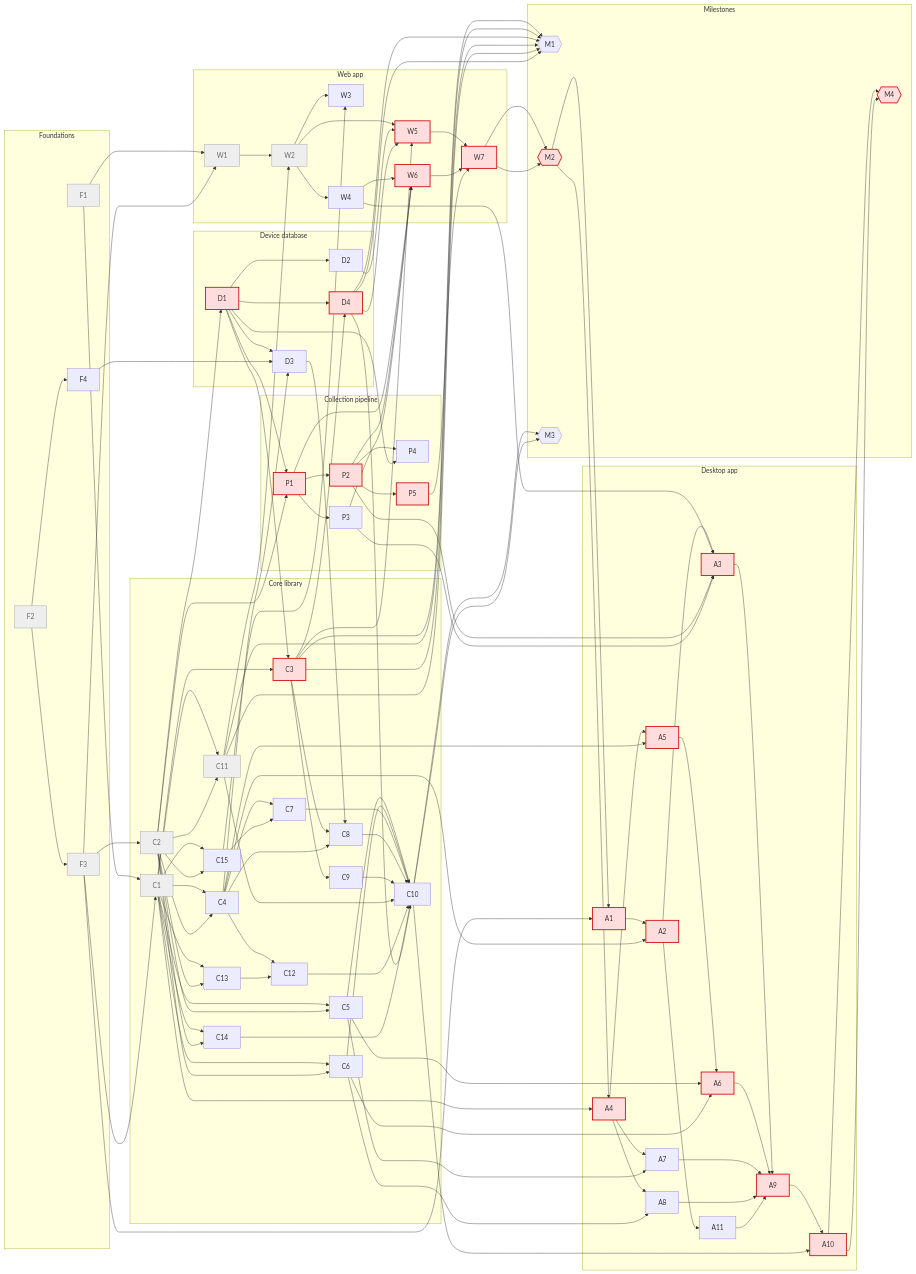
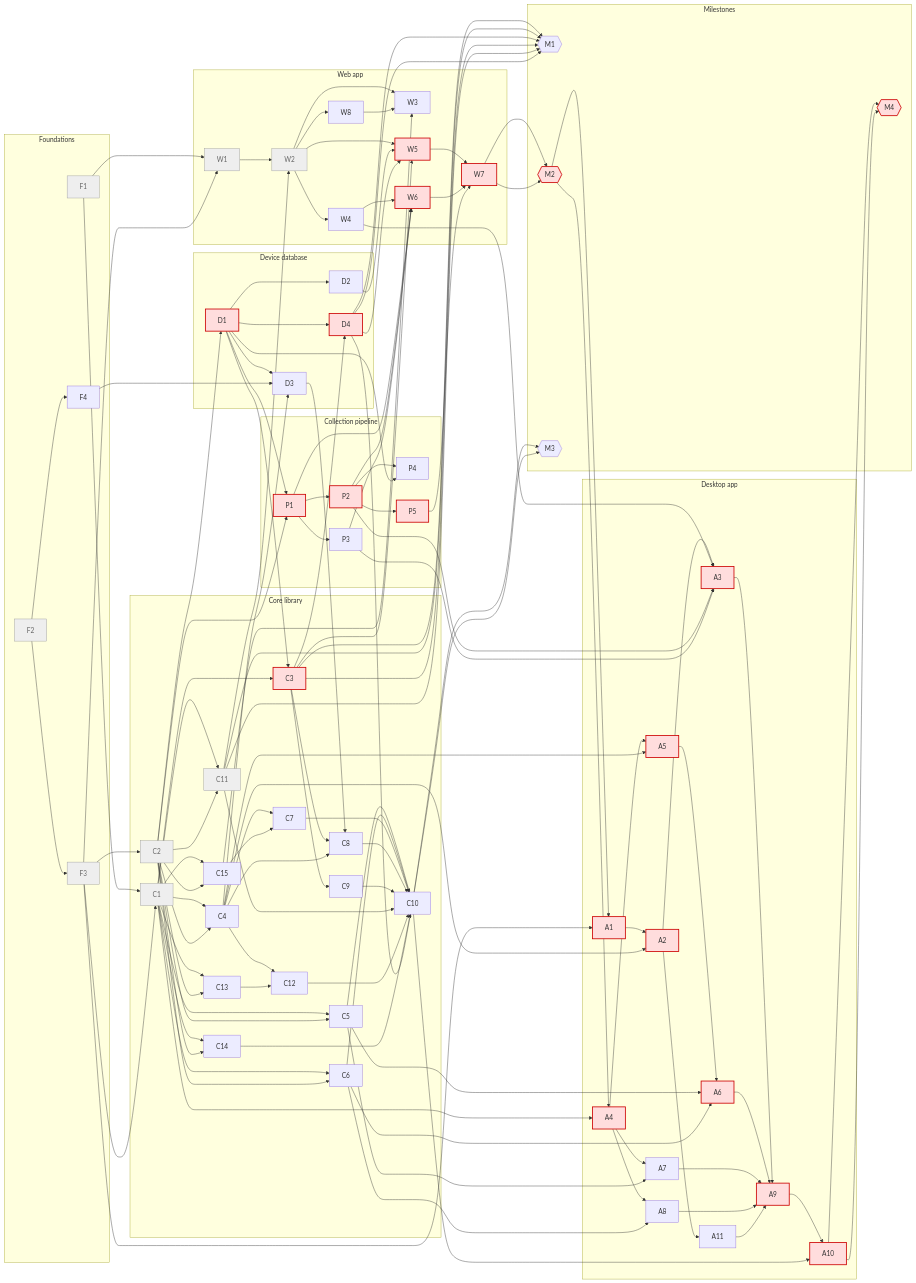
One commit to anygamepad/anygamepad.github.io changed the third of 3 diagrams in ROADMAP/2026-10-14/README.md. Above: the diagram before and after it, drawn with Mermaid. The commit also changed other lines of this file and 4 other files, not shown here.

First line of the commit message:
Roadmap 2026-10-14: W8, statuses, storage direction; DualShock 3 notes

```diff
--- a/ROADMAP/2026-10-14/README.md
+++ b/ROADMAP/2026-10-14/README.md
@@ -265,6 +276,7 @@
     subgraph web_app[Web app]
         w1[W1]
         w2[W2]
+        w8[W8]
         w3[W3]
         w4[W4]
         w5[W5]
@@ -346,8 +358,10 @@
     f3 --> w1
     w1 --> w2
     c11 --> w2
+    w2 --> w8
     w2 --> w3
     c15 --> w3
+    w8 --> w3
     w2 --> w4
     w2 --> w5
     c3 --> w5
```
